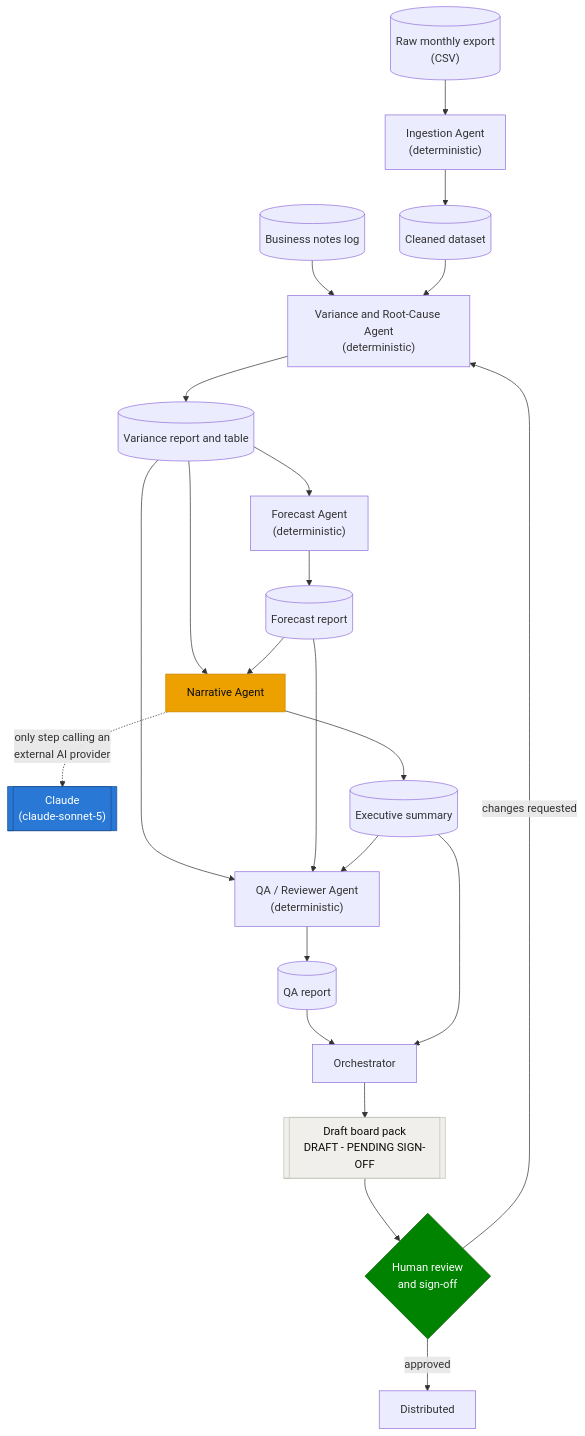
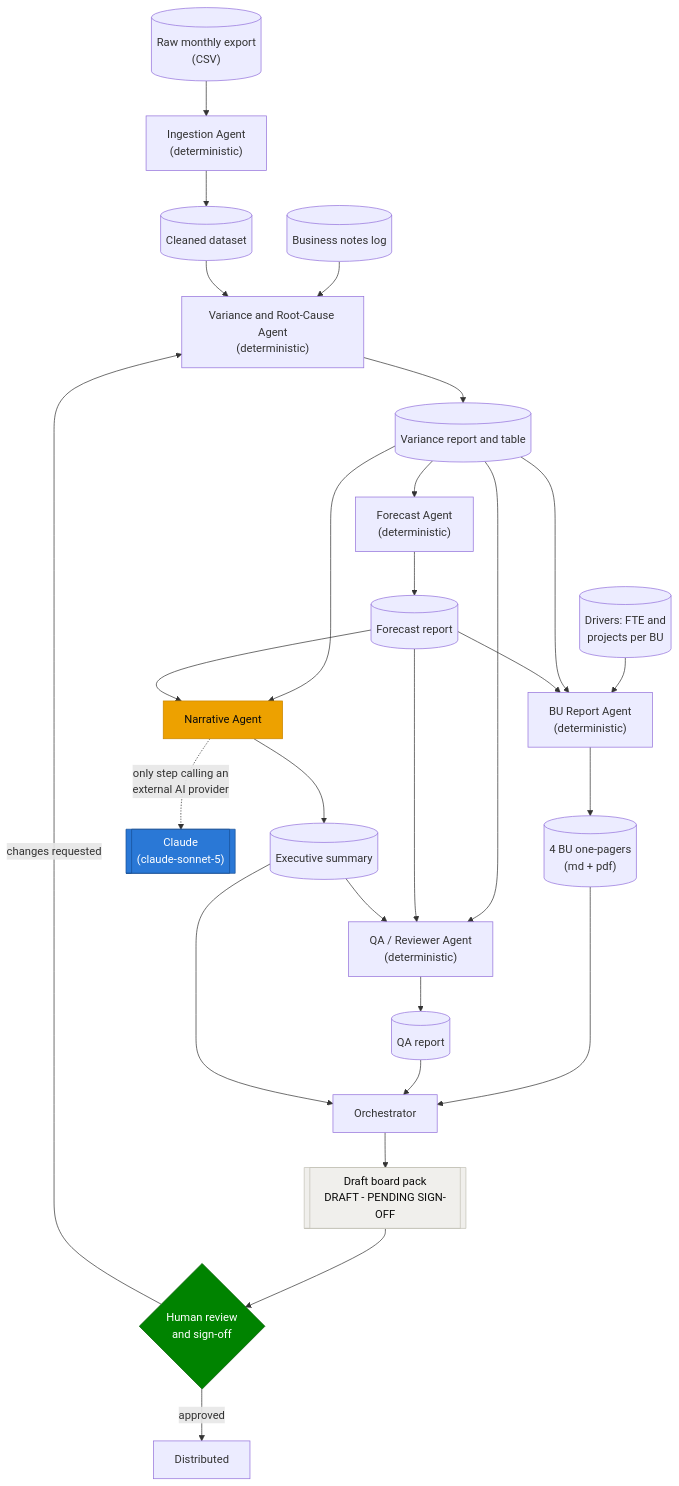
One commit to alanvourch/fpa-project changed the diagram in README.md. Above: the diagram before and after it, drawn with Mermaid. The commit also changed other lines of this file and 11 other files, not shown here.

````diff
--- a/README.md
+++ b/README.md
@@ -107,29 +136,34 @@
 ```mermaid
 flowchart TD
     RAW[("Raw monthly export\n(CSV)")] --> ING["Ingestion Agent\n(deterministic)"]
     ING --> CLEAN[("Cleaned dataset")]
     NOTES[("Business notes log")] --> VAR
     CLEAN --> VAR["Variance and Root-Cause Agent\n(deterministic)"]
     VAR --> VTAB[("Variance report and table")]
     VTAB --> FC["Forecast Agent\n(deterministic)"]
     FC --> FTAB[("Forecast report")]
+    DRV[("Drivers: FTE and\nprojects per BU")] --> BUR
+    VTAB --> BUR["BU Report Agent\n(deterministic)"]
+    FTAB --> BUR
+    BUR --> BUPACK[("4 BU one-pagers\n(md + pdf)")]
+    BUPACK --> ORCH
     VTAB --> NARR["Narrative Agent"]
     FTAB --> NARR
     NARR -.->|"only step calling an\nexternal AI provider"| LLM[["Claude\n(claude-sonnet-5)"]]
     NARR --> EXEC[("Executive summary")]
     VTAB --> QA["QA / Reviewer Agent\n(deterministic)"]
     FTAB --> QA
     EXEC --> QA
     QA --> QAREP[("QA report")]
     QAREP --> ORCH["Orchestrator"]
     EXEC --> ORCH
     ORCH --> PACK[["Draft board pack\nDRAFT - PENDING SIGN-OFF"]]
     PACK --> HUMAN{"Human review\nand sign-off"}
     HUMAN -->|approved| OUT["Distributed"]
     HUMAN -->|changes requested| VAR
 
     style LLM fill:#2a78d6,color:#fff,stroke:#184f95
     style NARR fill:#eda100,color:#0b0b0b,stroke:#c98500
     style HUMAN fill:#008300,color:#fff,stroke:#005900
     style PACK fill:#f0efec,color:#0b0b0b,stroke:#c3c2b7
 ```
````
